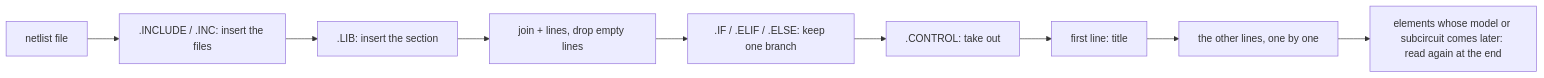
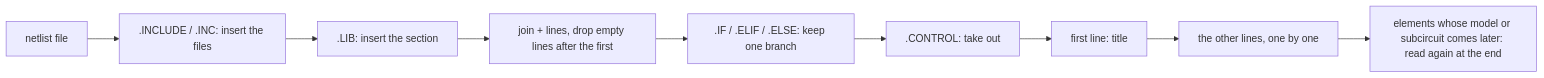
One commit to kurochan001/kirimaspice changed the first of 2 diagrams in docs/REFERENCE_MANUAL.md. Above: the diagram before and after it, drawn with Mermaid. The commit also changed other lines of this file and 11 other files, not shown here.

First line of the commit message:
Take the first line as the title, also when it is empty

````diff
--- a/docs/REFERENCE_MANUAL.md
+++ b/docs/REFERENCE_MANUAL.md
@@ -97,11 +97,11 @@
   ```mermaid
   flowchart LR
     F[netlist file] --> I[".INCLUDE / .INC: insert the files"]
     I --> L[".LIB: insert the section"]
-    L --> C["join + lines, drop empty lines"]
+    L --> C["join + lines, drop empty lines after the first"]
     C --> IF[".IF / .ELIF / .ELSE: keep one branch"]
     IF --> CT[".CONTROL: take out"]
     CT --> T[first line: title]
     T --> R["the other lines, one by one"]
     R --> D["elements whose model or subcircuit comes later: read again at the end"]
   ```
````
